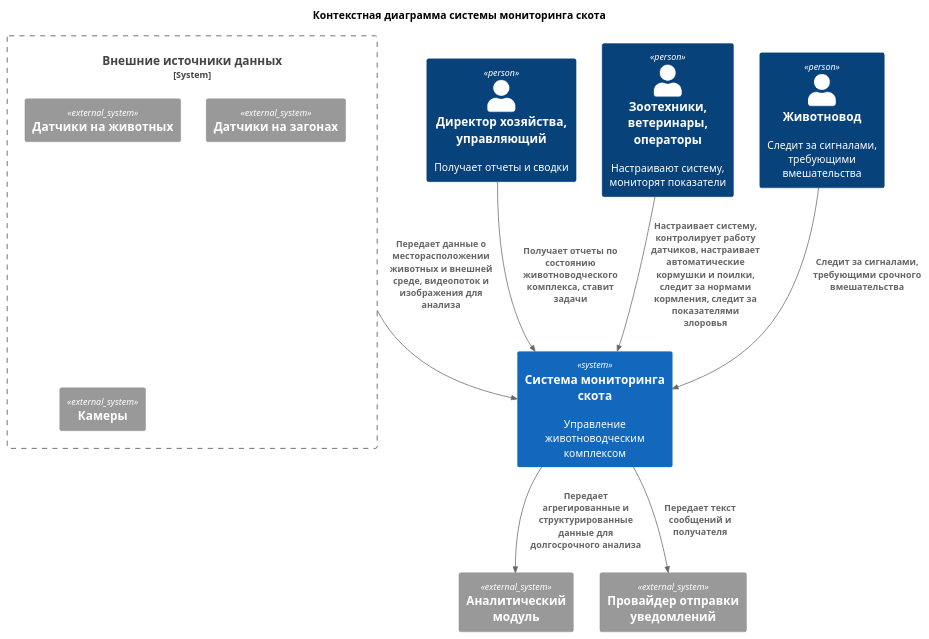
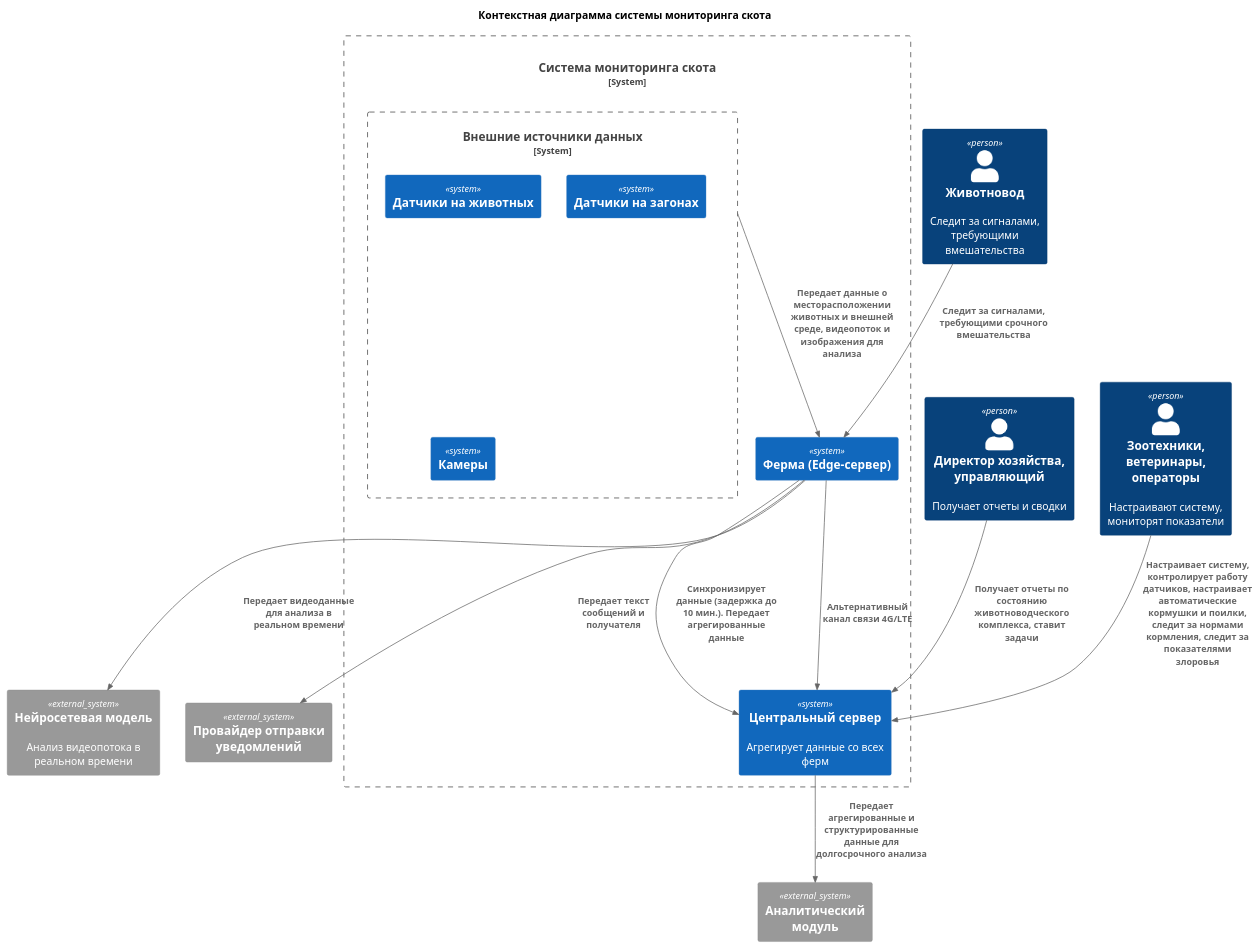
One commit to kmalkova94/MSA-AgroTech changed the diagram in Task1/C1.puml. Above: the diagram before and after it, drawn with PlantUML. The commit also changed 2 other files, not shown here.

Commit message:
update context diagrams

```diff
--- a/Task1/C1.puml
+++ b/Task1/C1.puml
@@ -1,27 +1,36 @@
 @startuml Контекстная диаграмма системы мониторинга скота
 !include https://raw.githubusercontent.com/plantuml-stdlib/C4-PlantUML/master/C4_Container.puml
 
 title Контекстная диаграмма системы мониторинга скота
 
 Person(администратор, "Директор хозяйства, управляющий", "Получает отчеты и сводки")
 Person(менеджер, "Зоотехники, ветеринары, операторы", "Настраивают систему, мониторят показатели")
 Person(животновод, "Животновод", "Следит за сигналами, требующими вмешательства")
 
-System(PigMonitoringSystem, "Система мониторинга скота", "Управление животноводческим комплексом")
+System_Boundary(PigMonitoringSystem, "Система мониторинга скота", "Управление животноводческим комплексом") {
+    System(central, "Центральный сервер", "Агрегирует данные со всех ферм")
+
+    System(farm, "Ферма (Edge-сервер)")
+    System_Boundary(iot, "Внешние источники данных"){
+        System(датчики_животные, "Датчики на животных")
+        System(датчики_загоны, "Датчики на загонах")
+        System(камеры, "Камеры")
+    }
+}
+
 System_Ext(аналитика, "Аналитический модуль")
 System_Ext(уведомления, "Провайдер отправки уведомлений")
-System_Boundary(iot, "Внешние источники данных"){
-    System_Ext(датчики_животные, "Датчики на животных")
-    System_Ext(датчики_загоны, "Датчики на загонах")
-    System_Ext(камеры, "Камеры")
-}
+System_Ext(нейросеть, "Нейросетевая модель", "Анализ видеопотока в реальном времени")
 
-Rel(администратор, PigMonitoringSystem, "Получает отчеты по состоянию животноводческого комплекса, ставит задачи")
-Rel(менеджер, PigMonitoringSystem, "Настраивает систему, контролирует работу датчиков, настраивает автоматические кормушки и поилки, следит за нормами кормления, следит за показателями злоровья")
-Rel(животновод, PigMonitoringSystem, "Следит за сигналами, требующими срочного вмешательства")
+Rel(администратор, central, "Получает отчеты по состоянию животноводческого комплекса, ставит задачи")
+Rel(менеджер, central, "Настраивает систему, контролирует работу датчиков, настраивает автоматические кормушки и поилки, следит за нормами кормления, следит за показателями злоровья")
+Rel(животновод, farm, "Следит за сигналами, требующими срочного вмешательства")
 
-Rel(iot, PigMonitoringSystem, "Передает данные о месторасположении животных и внешней среде, видеопоток и изображения для анализа")
-Rel(PigMonitoringSystem, аналитика, "Передает агрегированные и структурированные данные для долгосрочного анализа")
-Rel(PigMonitoringSystem, уведомления, "Передает текст сообщений и получателя")
+Rel(iot, farm, "Передает данные о месторасположении животных и внешней среде, видеопоток и изображения для анализа")
+Rel(farm, central, "Синхронизирует данные (задержка до 10 мин.). Передает агрегированные данные")
+Rel(farm, central, "Альтернативный канал связи 4G/LTE")
+Rel(farm, нейросеть, "Передает видеоданные для анализа в реальном времени")
+Rel(central, аналитика, "Передает агрегированные и структурированные данные для долгосрочного анализа")
+Rel(farm, уведомления, "Передает текст сообщений и получателя")
 
 @enduml
```
